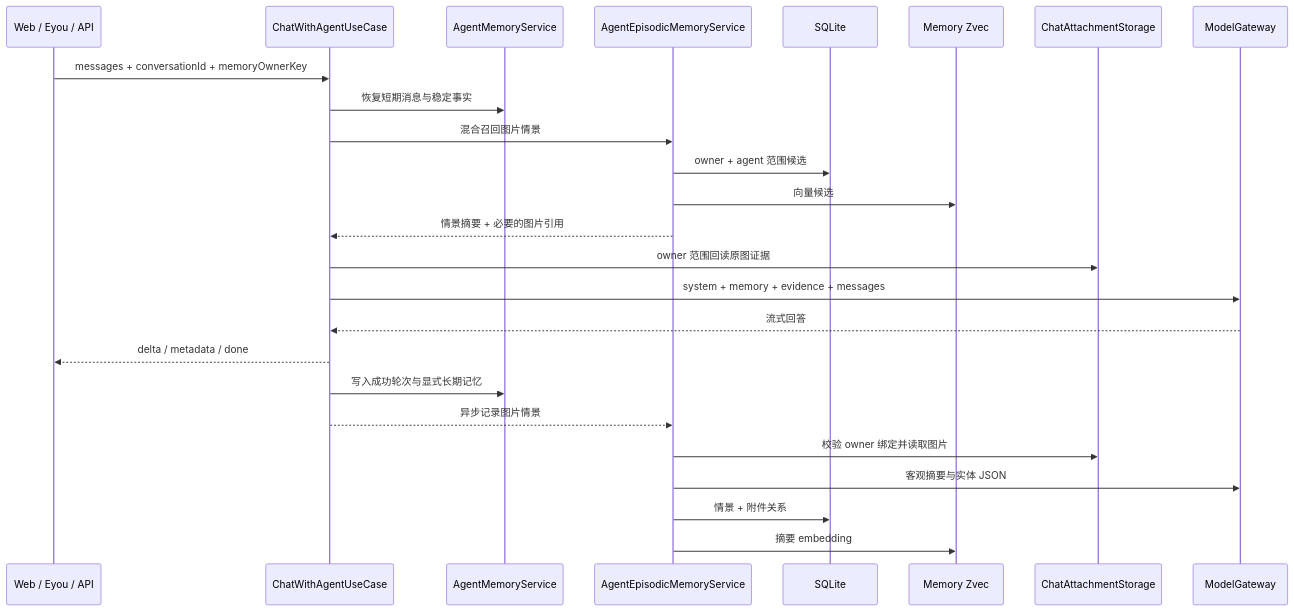
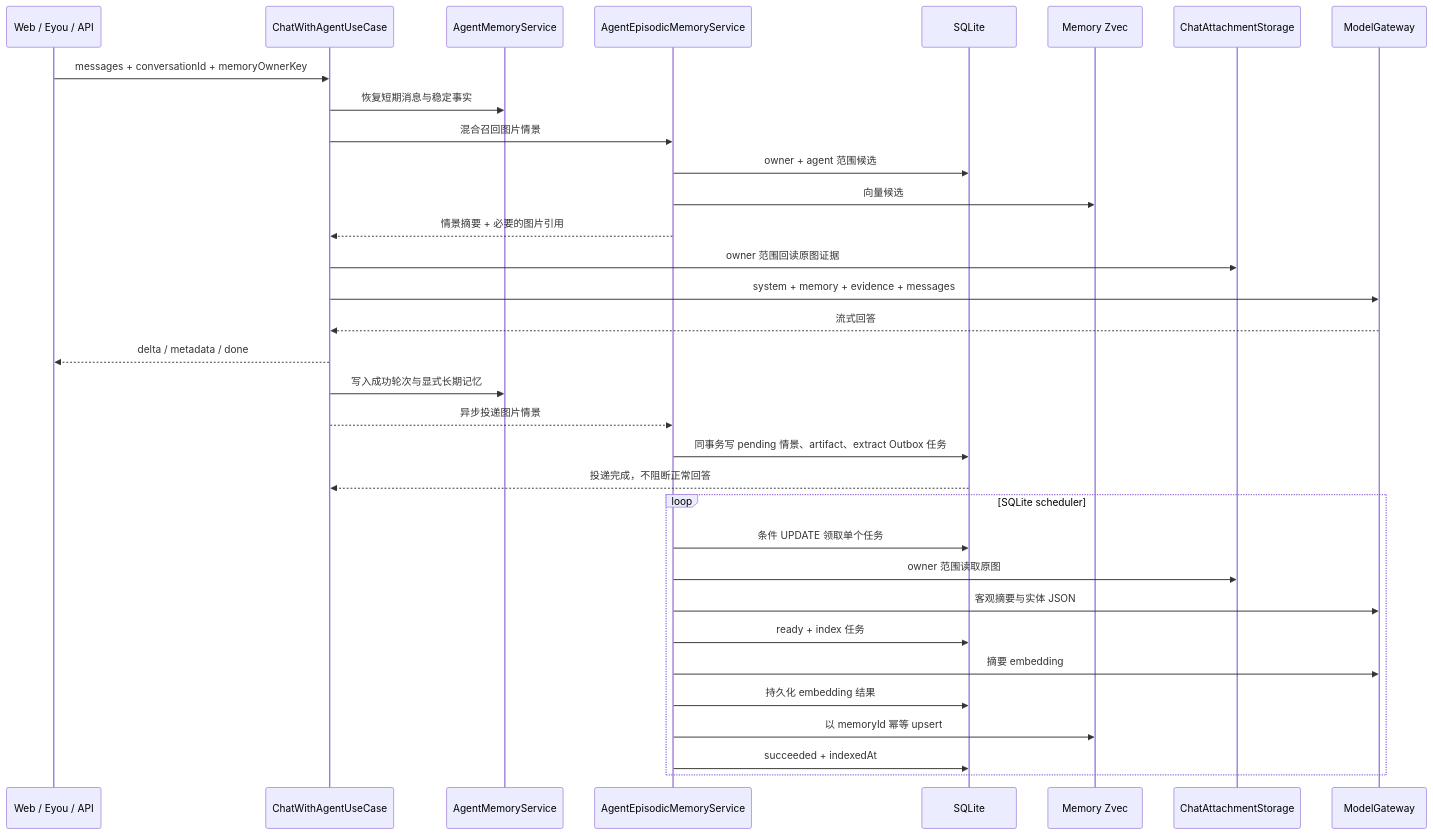
Before and after one commit to yiting001/agent: the first of 3 diagrams in docs/modules/agent-memory.md, drawn with Mermaid. The commit also changed other lines of this file and 40 other files, not shown here.

````diff
--- a/docs/modules/agent-memory.md
+++ b/docs/modules/agent-memory.md
@@ -64,28 +76,36 @@
 ```mermaid
 sequenceDiagram
   participant UI as Web / Eyou / API
   participant Chat as ChatWithAgentUseCase
   participant Stable as AgentMemoryService
   participant Episode as AgentEpisodicMemoryService
   participant DB as SQLite
   participant Index as Memory Zvec
   participant Media as ChatAttachmentStorage
   participant Model as ModelGateway
 
   UI->>Chat: messages + conversationId + memoryOwnerKey
   Chat->>Stable: 恢复短期消息与稳定事实
   Chat->>Episode: 混合召回图片情景
   Episode->>DB: owner + agent 范围候选
   Episode->>Index: 向量候选
   Episode-->>Chat: 情景摘要 + 必要的图片引用
   Chat->>Media: owner 范围回读原图证据
   Chat->>Model: system + memory + evidence + messages
   Model-->>Chat: 流式回答
   Chat-->>UI: delta / metadata / done
   Chat->>Stable: 写入成功轮次与显式长期记忆
-  Chat-->>Episode: 异步记录图片情景
-  Episode->>Media: 校验 owner 绑定并读取图片
-  Episode->>Model: 客观摘要与实体 JSON
-  Episode->>DB: 情景 + 附件关系
-  Episode->>Index: 摘要 embedding
+  Chat-->>Episode: 异步投递图片情景
+  Episode->>DB: 同事务写 pending 情景、artifact、extract Outbox 任务
+  DB-->>Chat: 投递完成，不阻断正常回答
+  loop SQLite scheduler
+    Episode->>DB: 条件 UPDATE 领取单个任务
+    Episode->>Media: owner 范围读取原图
+    Episode->>Model: 客观摘要与实体 JSON
+    Episode->>DB: ready + index 任务
+    Episode->>Model: 摘要 embedding
+    Episode->>DB: 持久化 embedding 结果
+    Episode->>Index: 以 memoryId 幂等 upsert
+    Episode->>DB: succeeded + indexedAt
+  end
 ```
````
